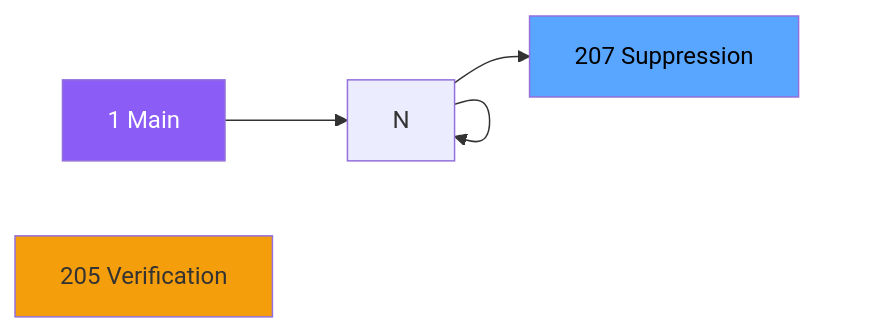
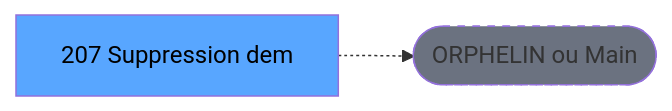
Before and after one commit to thonyAGP/lecteur-magic: the second of 3 diagrams in .openspec/renders/ADH-IDE-207.md, drawn with Mermaid. The commit also changed other lines of this file and 701 other files, not shown here.

````diff
--- a/.openspec/renders/ADH-IDE-207.md
+++ b/.openspec/renders/ADH-IDE-207.md
@@ -106,13 +117,8 @@
 ```mermaid
 graph LR
-    M[1 Main]
-    N205[205 Verification]
-    T[207 Suppression ]
-    M --> N
-    N --> N
-    N --> N
-    N --> T
-    style M fill:#8b5cf6,color:#fff
-    style N205 fill:#f59e0b
+    T[207 Suppression dem]
+    ORPHAN([ORPHELIN ou Main])
+    T -.-> ORPHAN
     style T fill:#58a6ff,color:#000
+    style ORPHAN fill:#6b7280,stroke-dasharray: 5 5
 ```
````
